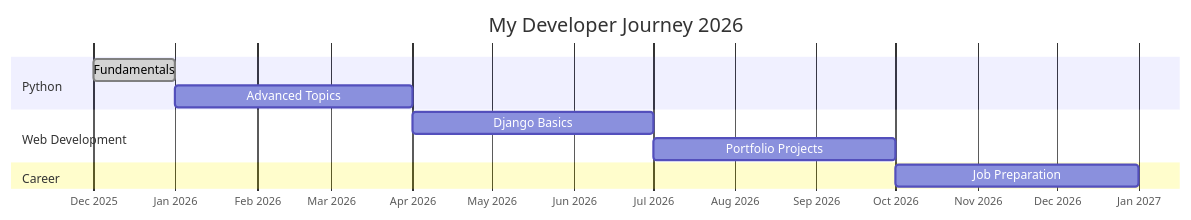
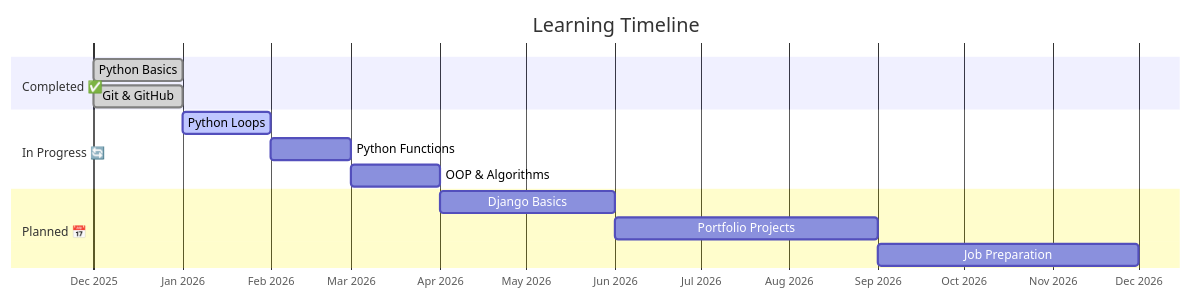
Before and after one commit to gen-comf/gen-comf: the diagram in README.md, drawn with Mermaid.

Commit message:
Update README.md
updated goals

````diff
--- a/README.md
+++ b/README.md
@@ -5,17 +5,20 @@
 ```mermaid
 gantt
-    title My Developer Journey 2026
-    dateFormat YYYY-MM
+    title Learning Timeline
+    dateFormat  YYYY-MM
     axisFormat %b %Y
     
-    section Python
-    Fundamentals :done, 2025-12, 1M
-    Advanced Topics :2026-01, 3M
+    section Completed ✅
+    Python Basics :done, 2025-12, 1M
+    Git & GitHub :done, 2025-12, 1M
     
-    section Web Development
-    Django Basics :2026-04, 3M
-    Portfolio Projects :2026-07, 3M
+    section In Progress 🔄
+    Python Loops :active, 2026-01, 1M
+    Python Functions :2026-02, 1M
+    OOP & Algorithms :2026-03, 1M
     
-    section Career
-    Job Preparation :2026-10, 3M
+    section Planned 📅
+    Django Basics :2026-04, 2M
+    Portfolio Projects :2026-06, 3M
+    Job Preparation :2026-09, 3M
 ```
````
